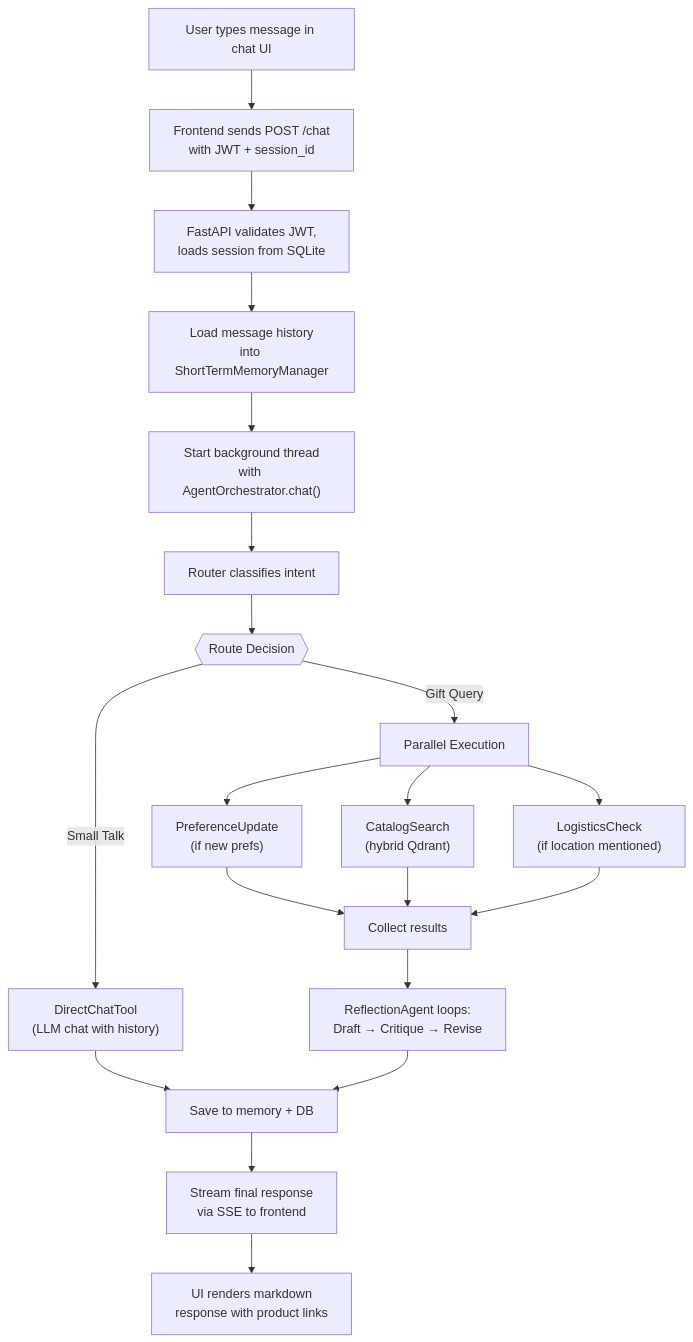
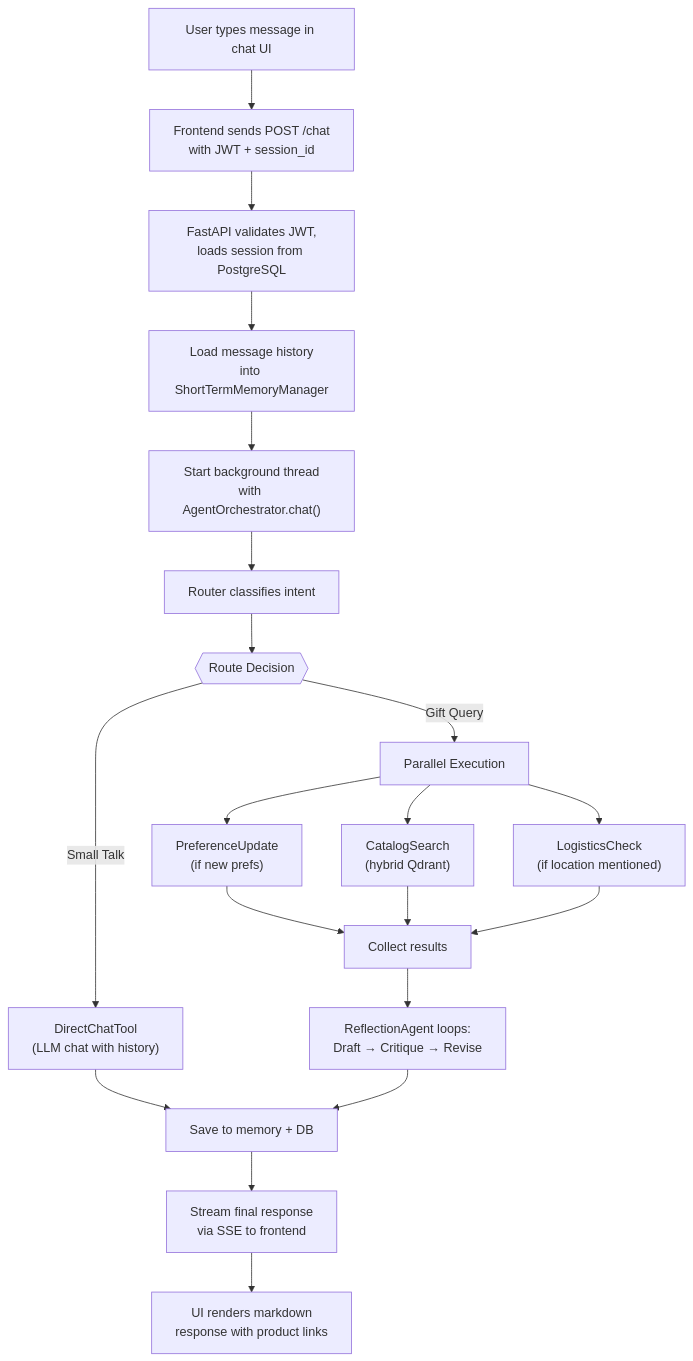
The fourth of 4 diagrams in README.md (AsinduDeSilva/kapruka-gift-concierge), drawn with Mermaid before and after one commit. The commit also changed other lines of this file and 3 other files, not shown here.

````diff
--- a/README.md
+++ b/README.md
@@ -123,28 +124,28 @@
 ```mermaid
 flowchart TD
     A["User types message in chat UI"] --> B["Frontend sends POST /chat<br/>with JWT + session_id"]
-    B --> C["FastAPI validates JWT,<br/>loads session from SQLite"]
+    B --> C["FastAPI validates JWT,<br/>loads session from PostgreSQL"]
     C --> D["Load message history<br/>into ShortTermMemoryManager"]
     D --> E["Start background thread<br/>with AgentOrchestrator.chat()"]
     E --> F["Router classifies intent"]
     F --> G{{"Route Decision"}}
     
     G -->|"Small Talk"| H["DirectChatTool<br/>(LLM chat with history)"]
     G -->|"Gift Query"| I["Parallel Execution"]
     
     I --> I1["PreferenceUpdate<br/>(if new prefs)"]
     I --> I2["CatalogSearch<br/>(hybrid Qdrant)"]
     I --> I3["LogisticsCheck<br/>(if location mentioned)"]
     
     I1 --> J["Collect results"]
     I2 --> J
     I3 --> J
     
     J --> K["ReflectionAgent loops:<br/>Draft → Critique → Revise"]
     
     H --> L["Save to memory + DB"]
     K --> L
     
     L --> M["Stream final response<br/>via SSE to frontend"]
     M --> N["UI renders markdown<br/>response with product links"]
 ```
````
